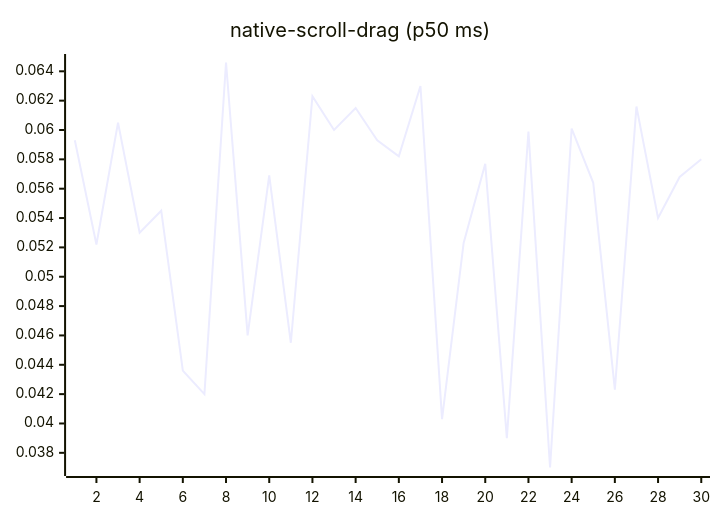
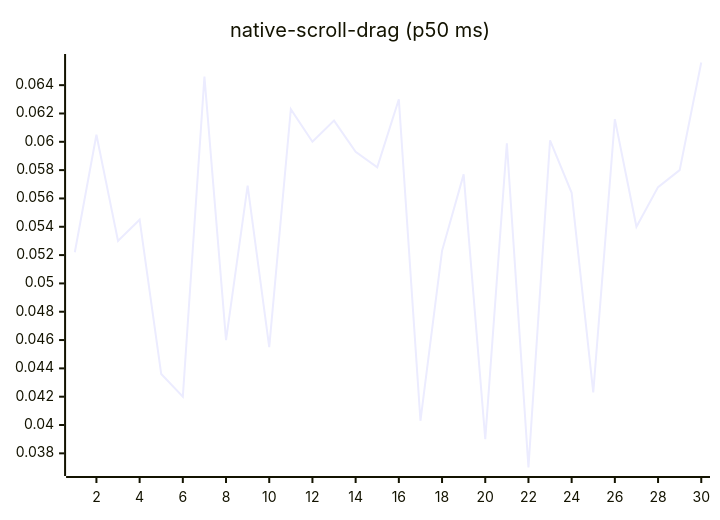
One commit to josha/Facet changed diagram 14 of 27 in README.md. Above: the diagram before and after it, drawn with Mermaid. The commit also changed other lines of this file and 2 other files, not shown here.

````diff
--- a/README.md
+++ b/README.md
@@ -154,6 +154,6 @@
 ```mermaid
 xychart-beta
     title "native-scroll-drag (p50 ms)"
     x-axis 1 --> 30
-    line [0.0593, 0.0522, 0.0605, 0.0530, 0.0545, 0.0436, 0.0420, 0.0646, 0.0460, 0.0569, 0.0455, 0.0623, 0.0600, 0.0615, 0.0593, 0.0582, 0.0630, 0.0403, 0.0523, 0.0577, 0.0390, 0.0599, 0.0370, 0.0601, 0.0564, 0.0423, 0.0616, 0.0540, 0.0568, 0.0580]
+    line [0.0522, 0.0605, 0.0530, 0.0545, 0.0436, 0.0420, 0.0646, 0.0460, 0.0569, 0.0455, 0.0623, 0.0600, 0.0615, 0.0593, 0.0582, 0.0630, 0.0403, 0.0523, 0.0577, 0.0390, 0.0599, 0.0370, 0.0601, 0.0564, 0.0423, 0.0616, 0.0540, 0.0568, 0.0580, 0.0656]
 ```
````
